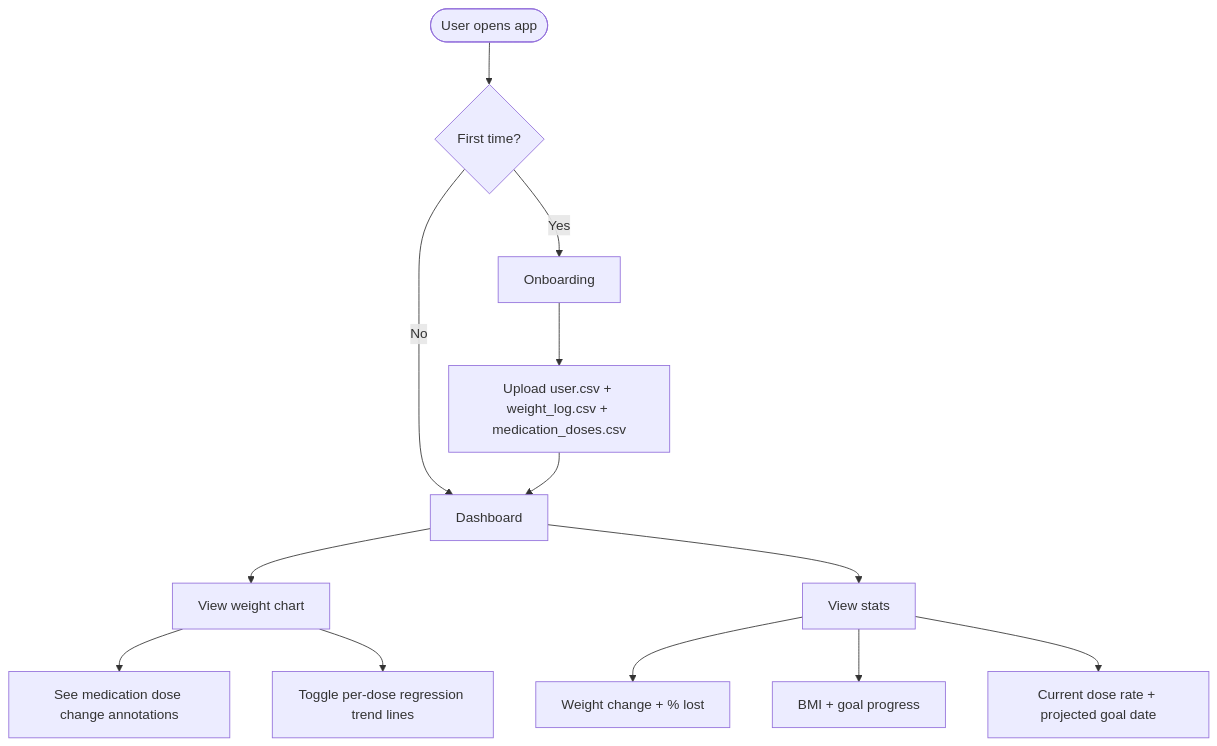
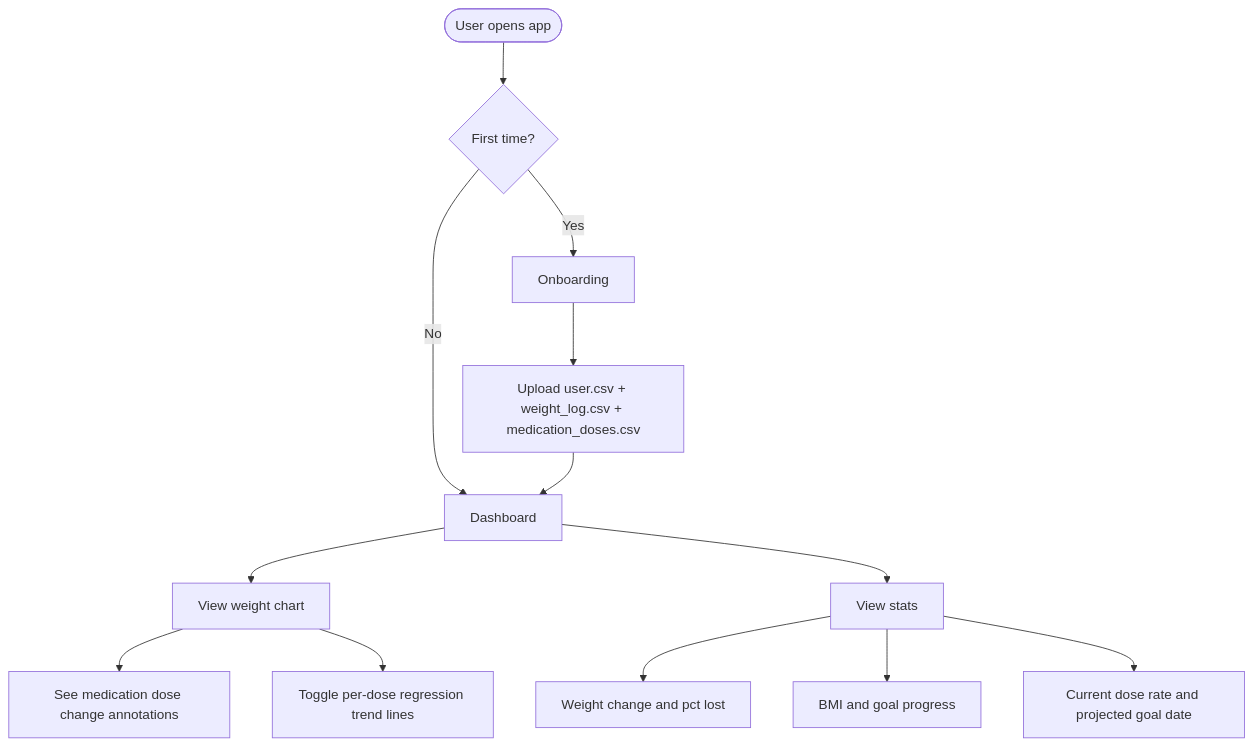
One commit to LFairbairn/weight-tracker changed the second of 2 diagrams in README.md. Above: the diagram before and after it, drawn with Mermaid.

Commit message:
fix mermaid diagram README.md

````diff
--- a/README.md
+++ b/README.md
@@ -121,19 +121,19 @@
 ```mermaid
 flowchart TD
     A([User opens app]) --> H{First time?}
 
     H -->|No| B[Dashboard]
     H -->|Yes| G[Onboarding]
 
     G --> G1[Upload user.csv + weight_log.csv + medication_doses.csv]
     G1 --> B
 
     B --> C[View weight chart]
     C --> C2[See medication dose change annotations]
     C --> C3[Toggle per-dose regression trend lines]
 
     B --> F[View stats]
-    F --> F1[Weight change + % lost]
-    F --> F2[BMI + goal progress]
-    F --> F3[Current dose rate + projected goal date]
+    F --> F1[Weight change and pct lost]
+    F --> F2[BMI and goal progress]
+    F --> F3[Current dose rate and projected goal date]
 ```
````
